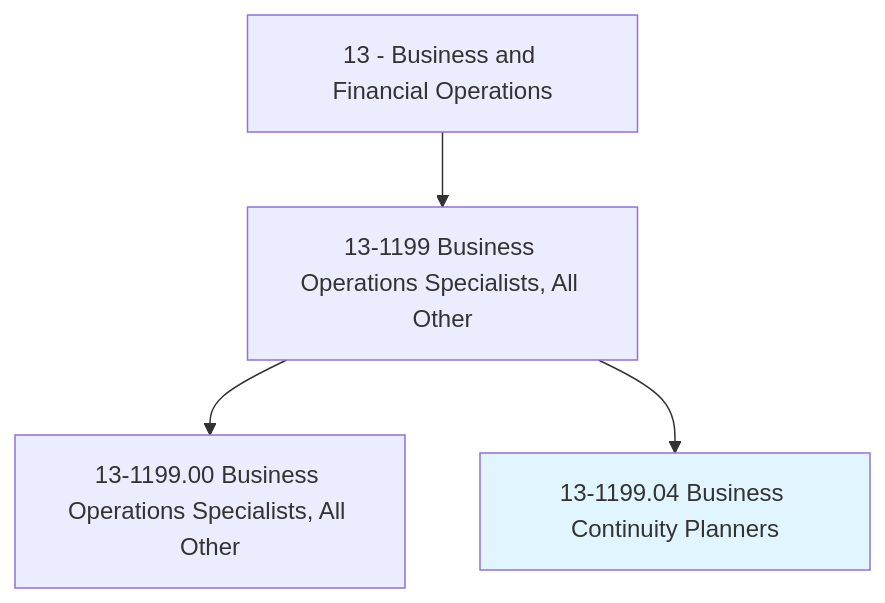
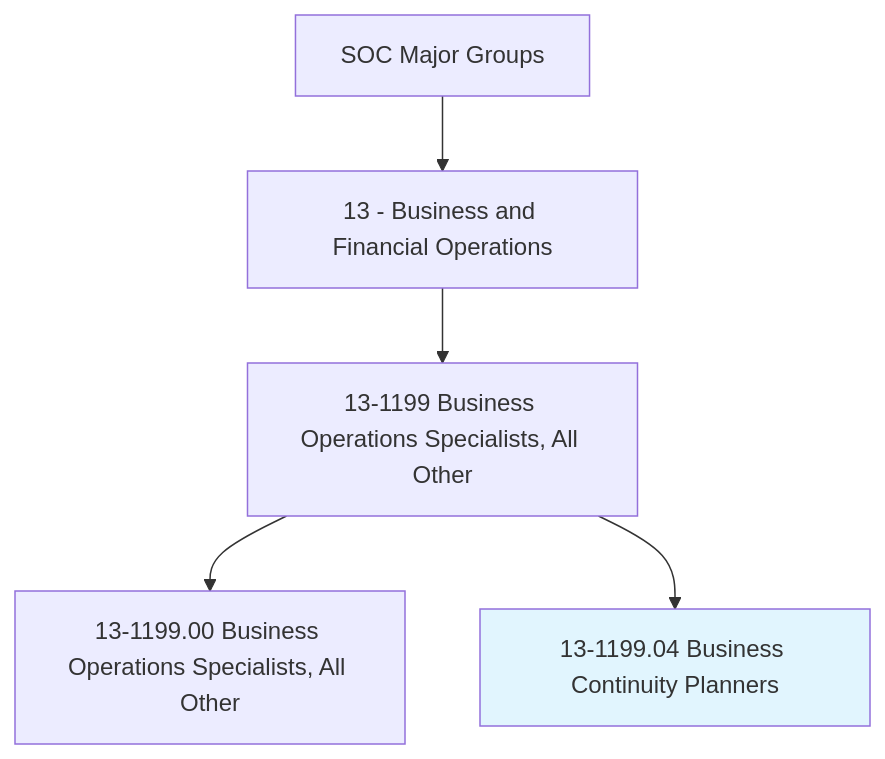
The first of 4 diagrams in occupations/Business/BusinessContinuityPlanners.mdx (kziemski/business.org.ai), drawn with Mermaid before and after one commit. The commit also changed other lines of this file and 938 other files, not shown here.

````diff
--- a/occupations/Business/BusinessContinuityPlanners.mdx
+++ b/occupations/Business/BusinessContinuityPlanners.mdx
@@ -19,7 +25,8 @@
 ```mermaid
 graph TD
-    Cat13["13 - Business and Financial Operations"] --> Group131199["13-1199 Business Operations Specialists, All Other"]
-    Group131199 --> Base["13-1199.00 Business Operations Specialists, All Other"]
-    Group131199 --> Current["13-1199.04 Business Continuity Planners"]
+    SOC["SOC Major Groups"] --> Cat13["13 - Business and Financial Operations"]
+    Cat13 --> G131199["13-1199 Business Operations Specialists, All Other"]
+    G131199 --> Base["13-1199.00 Business Operations Specialists, All Other"]
+    G131199 --> Current["13-1199.04 Business Continuity Planners"]
     style Current fill:#e1f5fe
 ```
````
